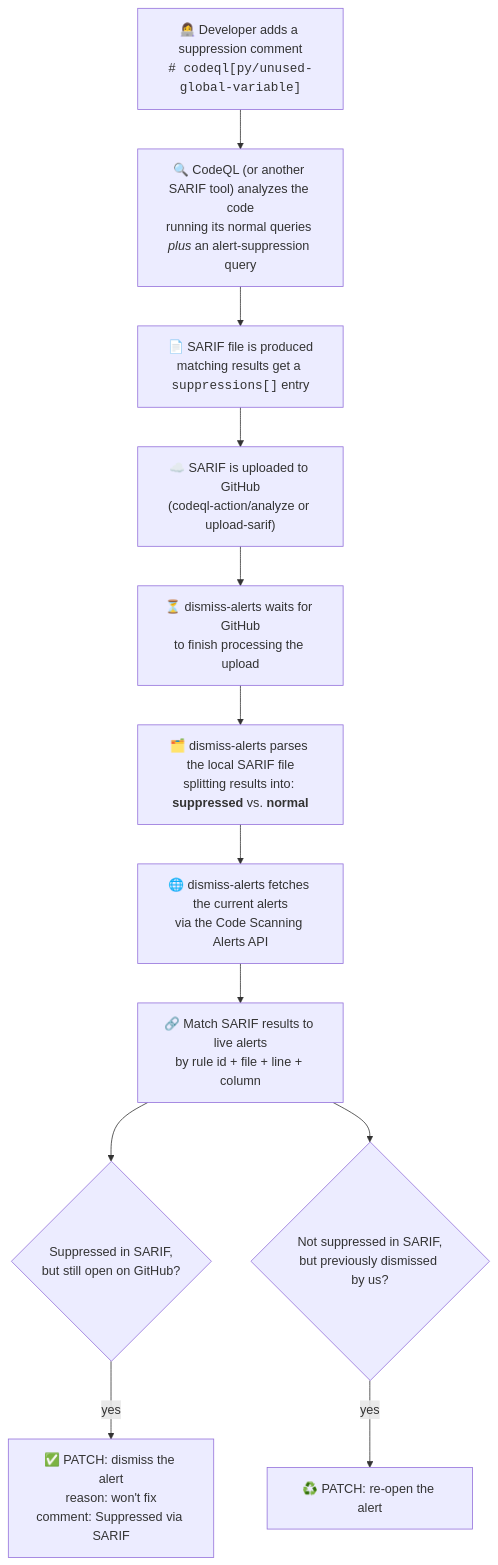
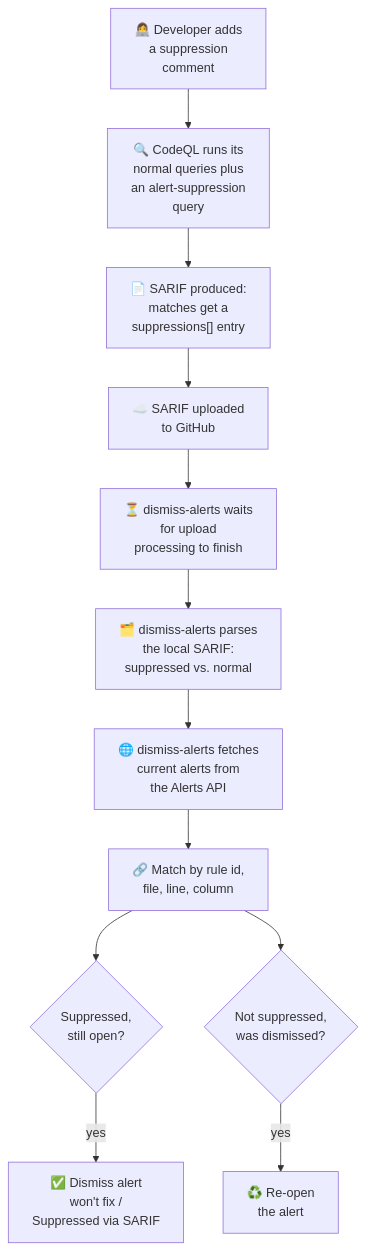
One commit to advanced-security/dismiss-alerts changed the diagram in README.md. Above: the diagram before and after it, drawn with Mermaid.

Commit message:
README: shorten mermaid node text to avoid GitHub renderer clipping long lines

````diff
--- a/README.md
+++ b/README.md
@@ -15,14 +15,14 @@
 ```mermaid
 flowchart TD
-    A["👩‍💻 Developer adds a suppression comment<br/><code>&num; codeql[py/unused-global-variable]</code>"] --> B["🔍 CodeQL (or another SARIF tool) analyzes the code<br/>running its normal queries <em>plus</em> an alert-suppression query"]
-    B --> C["📄 SARIF file is produced<br/>matching results get a <code>suppressions[]</code> entry"]
-    C --> D["☁️ SARIF is uploaded to GitHub<br/>(codeql-action/analyze or upload-sarif)"]
-    D --> E["⏳ dismiss-alerts waits for GitHub<br/>to finish processing the upload"]
-    E --> F["🗂️ dismiss-alerts parses the local SARIF file<br/>splitting results into: <b>suppressed</b> vs. <b>normal</b>"]
-    F --> G["🌐 dismiss-alerts fetches the current alerts<br/>via the Code Scanning Alerts API"]
-    G --> H["🔗 Match SARIF results to live alerts<br/>by rule id + file + line + column"]
-    H --> I{"Suppressed in SARIF,<br/>but still open on GitHub?"}
-    H --> J{"Not suppressed in SARIF,<br/>but previously dismissed by us?"}
-    I -->|yes| K["✅ PATCH: dismiss the alert<br/>reason: won't fix<br/>comment: Suppressed via SARIF"]
-    J -->|yes| L["♻️ PATCH: re-open the alert"]
+    A["👩‍💻 Developer adds<br/>a suppression<br/>comment"] --> B["🔍 CodeQL runs its<br/>normal queries plus<br/>an alert-suppression<br/>query"]
+    B --> C["📄 SARIF produced:<br/>matches get a<br/>suppressions[] entry"]
+    C --> D["☁️ SARIF uploaded<br/>to GitHub"]
+    D --> E["⏳ dismiss-alerts waits<br/>for upload<br/>processing to finish"]
+    E --> F["🗂️ dismiss-alerts parses<br/>the local SARIF:<br/>suppressed vs. normal"]
+    F --> G["🌐 dismiss-alerts fetches<br/>current alerts from<br/>the Alerts API"]
+    G --> H["🔗 Match by rule id,<br/>file, line, column"]
+    H --> I{"Suppressed,<br/>still open?"}
+    H --> J{"Not suppressed,<br/>was dismissed?"}
+    I -->|yes| K["✅ Dismiss alert<br/>won't fix /<br/>Suppressed via SARIF"]
+    J -->|yes| L["♻️ Re-open<br/>the alert"]
 ```
````
